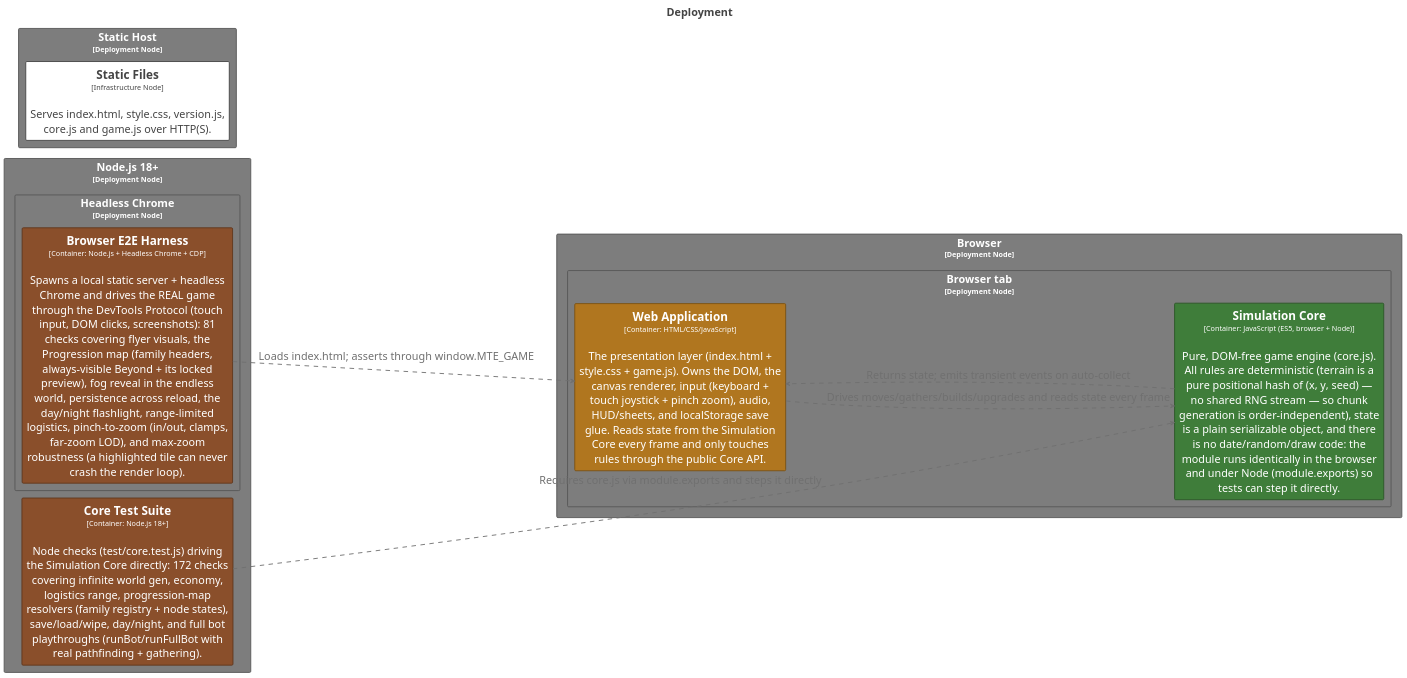
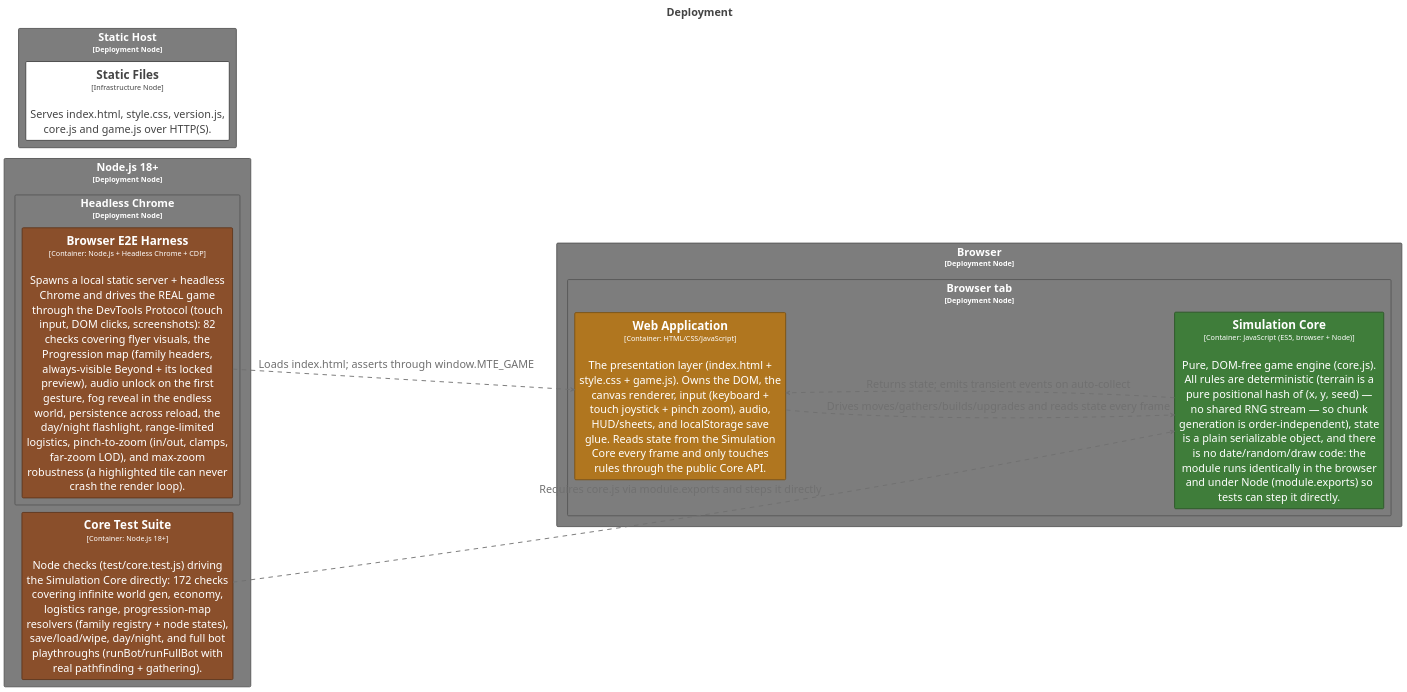
Before and after one commit to bitkojine/more-than-enough: the diagram in structurizr/diagrams/Deployment.puml, drawn with PlantUML. The commit also changed 8 other files, not shown here.

First line of the commit message:
v0.13.0: fix — audio starts on first gesture; per-material gather voices

```diff
--- a/structurizr/diagrams/Deployment.puml
+++ b/structurizr/diagrams/Deployment.puml
@@ -2,110 +2,110 @@
 @startuml
 title <size:24>Deployment</size>
 
 set separator none
 left to right direction
 skinparam ranksep 20
 skinparam nodesep 5
 hide stereotype
 
 <style>
   root {
     BackgroundColor: #ffffff;
     FontColor: #444444;
   }
   // Element
   .Element-RWxlbWVudA== {
     BackgroundColor: #ffffff;
     LineColor: #444444;
     LineStyle: 0;
     LineThickness: 2;
     FontColor: #444444;
     FontSize: 24;
     HorizontalAlignment: center;
     Shadowing: 0;
     MaximumWidth: 450;
   }
   // Element,Container,Core Engine
   .Element-RWxlbWVudCxDb250YWluZXIsQ29yZSBFbmdpbmU= {
     BackgroundColor: #3f7d3a;
     LineColor: #2c5728;
     LineStyle: 0;
     LineThickness: 2;
     FontColor: #ffffff;
     FontSize: 24;
     HorizontalAlignment: center;
     Shadowing: 0;
     MaximumWidth: 450;
   }
   // Element,Container,Presentation
   .Element-RWxlbWVudCxDb250YWluZXIsUHJlc2VudGF0aW9u {
     BackgroundColor: #b0761f;
     LineColor: #7b5215;
     LineStyle: 0;
     LineThickness: 2;
     FontColor: #ffffff;
     FontSize: 24;
     HorizontalAlignment: center;
     Shadowing: 0;
     MaximumWidth: 450;
   }
   // Element,Container,Tooling,Test
   .Element-RWxlbWVudCxDb250YWluZXIsVG9vbGluZyxUZXN0 {
     BackgroundColor: #8a4f2b;
     LineColor: #60371e;
     LineStyle: 0;
     LineThickness: 2;
     FontColor: #ffffff;
     FontSize: 24;
     HorizontalAlignment: center;
     Shadowing: 0;
     MaximumWidth: 450;
   }
   // Relationship
   .Relationship-UmVsYXRpb25zaGlw {
     LineThickness: 2;
     LineStyle: 10-10;
     LineColor: #707070;
     FontColor: #707070;
     FontSize: 24;
     MaximumWidth: 200;
   }
   // Element,Deployment Node
   .DeploymentNode-RWxlbWVudCxEZXBsb3ltZW50IE5vZGU= {
     BackgroundColor: #7d7d7d;
     LineColor: #575757;
     LineStyle: 0;
     LineThickness: 2;
     FontColor: #ffffff;
     FontSize: 24;
     HorizontalAlignment: center;
     Shadowing: 0;
   }
 </style>
 
 rectangle "Browser\n<size:16>[Deployment Node]</size>" <<DeploymentNode-RWxlbWVudCxEZXBsb3ltZW50IE5vZGU=>> as LocalDevelopment.Browser {
   rectangle "Browser tab\n<size:16>[Deployment Node]</size>" <<DeploymentNode-RWxlbWVudCxEZXBsb3ltZW50IE5vZGU=>> as LocalDevelopment.Browser.Browsertab {
     rectangle "==Web Application\n<size:16>[Container: HTML/CSS/JavaScript]</size>\n\nThe presentation layer (index.html + style.css + game.js). Owns the DOM, the canvas renderer, input (keyboard + touch joystick + pinch zoom), audio, HUD/sheets, and localStorage save glue. Reads state from the Simulation Core every frame and only touches rules through the public Core API." <<Element-RWxlbWVudCxDb250YWluZXIsUHJlc2VudGF0aW9u>> as LocalDevelopment.Browser.Browsertab.WebApplication_1
     rectangle "==Simulation Core\n<size:16>[Container: JavaScript (ES5, browser + Node)]</size>\n\nPure, DOM-free game engine (core.js). All rules are deterministic (terrain is a pure positional hash of (x, y, seed) — no shared RNG stream — so chunk generation is order-independent), state is a plain serializable object, and there is no date/random/draw code: the module runs identically in the browser and under Node (module.exports) so tests can step it directly." <<Element-RWxlbWVudCxDb250YWluZXIsQ29yZSBFbmdpbmU=>> as LocalDevelopment.Browser.Browsertab.SimulationCore_1
   }
 
 }
 
 rectangle "Static Host\n<size:16>[Deployment Node]</size>" <<DeploymentNode-RWxlbWVudCxEZXBsb3ltZW50IE5vZGU=>> as LocalDevelopment.StaticHost {
   rectangle "==Static Files\n<size:16>[Infrastructure Node]</size>\n\nServes index.html, style.css, version.js, core.js and game.js over HTTP(S)." <<Element-RWxlbWVudA==>> as LocalDevelopment.StaticHost.StaticFiles
 }
 
 rectangle "Node.js 18+\n<size:16>[Deployment Node]</size>" <<DeploymentNode-RWxlbWVudCxEZXBsb3ltZW50IE5vZGU=>> as LocalDevelopment.Nodejs18 {
   rectangle "==Core Test Suite\n<size:16>[Container: Node.js 18+]</size>\n\nNode checks (test/core.test.js) driving the Simulation Core directly: 172 checks covering infinite world gen, economy, logistics range, progression-map resolvers (family registry + node states), save/load/wipe, day/night, and full bot playthroughs (runBot/runFullBot with real pathfinding + gathering)." <<Element-RWxlbWVudCxDb250YWluZXIsVG9vbGluZyxUZXN0>> as LocalDevelopment.Nodejs18.CoreTestSuite_1
   rectangle "Headless Chrome\n<size:16>[Deployment Node]</size>" <<DeploymentNode-RWxlbWVudCxEZXBsb3ltZW50IE5vZGU=>> as LocalDevelopment.Nodejs18.HeadlessChrome {
-    rectangle "==Browser E2E Harness\n<size:16>[Container: Node.js + Headless Chrome + CDP]</size>\n\nSpawns a local static server + headless Chrome and drives the REAL game through the DevTools Protocol (touch input, DOM clicks, screenshots): 81 checks covering flyer visuals, the Progression map (family headers, always-visible Beyond + its locked preview), fog reveal in the endless world, persistence across reload, the day/night flashlight, range-limited logistics, pinch-to-zoom (in/out, clamps, far-zoom LOD), and max-zoom robustness (a highlighted tile can never crash the render loop)." <<Element-RWxlbWVudCxDb250YWluZXIsVG9vbGluZyxUZXN0>> as LocalDevelopment.Nodejs18.HeadlessChrome.BrowserE2EHarness_1
+    rectangle "==Browser E2E Harness\n<size:16>[Container: Node.js + Headless Chrome + CDP]</size>\n\nSpawns a local static server + headless Chrome and drives the REAL game through the DevTools Protocol (touch input, DOM clicks, screenshots): 82 checks covering flyer visuals, the Progression map (family headers, always-visible Beyond + its locked preview), audio unlock on the first gesture, fog reveal in the endless world, persistence across reload, the day/night flashlight, range-limited logistics, pinch-to-zoom (in/out, clamps, far-zoom LOD), and max-zoom robustness (a highlighted tile can never crash the render loop)." <<Element-RWxlbWVudCxDb250YWluZXIsVG9vbGluZyxUZXN0>> as LocalDevelopment.Nodejs18.HeadlessChrome.BrowserE2EHarness_1
   }
 
 }
 
 LocalDevelopment.Browser.Browsertab.SimulationCore_1 --> LocalDevelopment.Browser.Browsertab.WebApplication_1 <<Relationship-UmVsYXRpb25zaGlw>> : "Returns state; emits transient events on auto-collect"
 LocalDevelopment.Browser.Browsertab.WebApplication_1 --> LocalDevelopment.Browser.Browsertab.SimulationCore_1 <<Relationship-UmVsYXRpb25zaGlw>> : "Drives moves/gathers/builds/upgrades and reads state every frame"
 LocalDevelopment.Nodejs18.CoreTestSuite_1 --> LocalDevelopment.Browser.Browsertab.SimulationCore_1 <<Relationship-UmVsYXRpb25zaGlw>> : "Requires core.js via module.exports and steps it directly"
 LocalDevelopment.Nodejs18.HeadlessChrome.BrowserE2EHarness_1 --> LocalDevelopment.Browser.Browsertab.WebApplication_1 <<Relationship-UmVsYXRpb25zaGlw>> : "Loads index.html; asserts through window.MTE_GAME"
 
 @enduml
```
